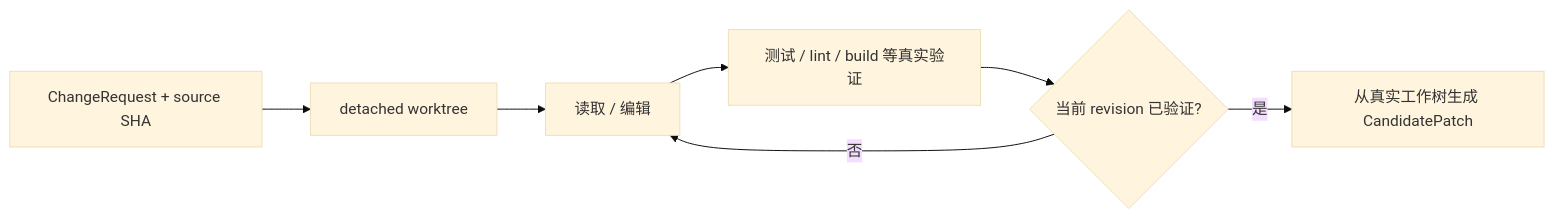
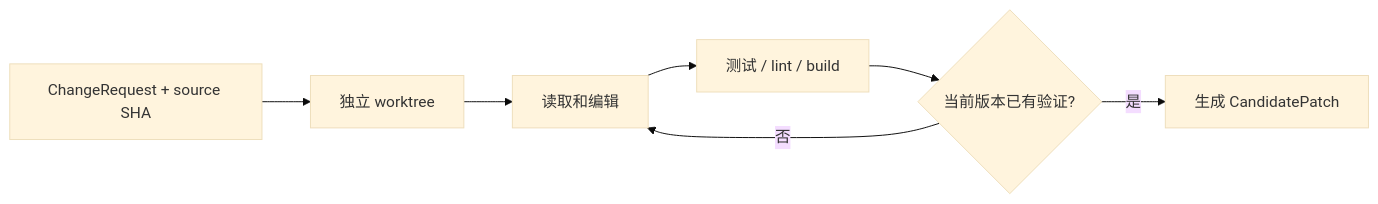
The seventh of 7 diagrams in docs/01-overview-and-pipeline.md (Arthur999459up/GitAgent), drawn with Mermaid (base theme) before and after one commit. The commit also changed other lines of this file and 15 other files, not shown here.

````diff
--- a/docs/01-overview-and-pipeline.md
+++ b/docs/01-overview-and-pipeline.md
@@ -215,9 +165,9 @@
 ```mermaid
 flowchart LR
-    R[ChangeRequest + source SHA] --> W[detached worktree]
-    W --> M[读取 / 编辑]
-    M --> V[测试 / lint / build 等真实验证]
-    V --> C{当前 revision 已验证?}
+    R[ChangeRequest + source SHA] --> W[独立 worktree]
+    W --> M[读取和编辑]
+    M --> V[测试 / lint / build]
+    V --> C{当前版本已有验证?}
     C -->|否| M
-    C -->|是| P[从真实工作树生成 CandidatePatch]
+    C -->|是| P[生成 CandidatePatch]
 ```
````
